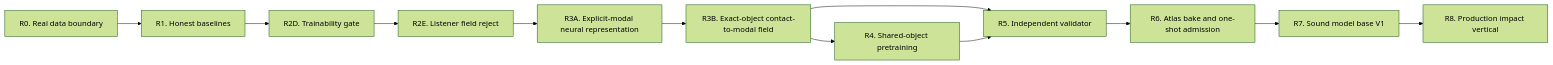
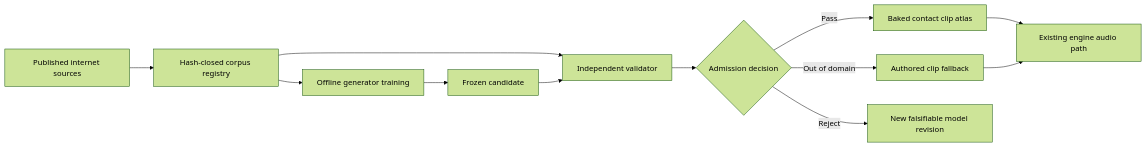
Before and after one commit to kaifaty/NextEngine: the diagram in docs/plans/physical-sound-synthesis-roadmap.md, drawn with Mermaid (forest theme). The commit also changed other lines of this file and 3 other files, not shown here.

Commit message:
docs(sound): publish autonomous validation roadmap v10

````diff
--- a/docs/plans/physical-sound-synthesis-roadmap.md
+++ b/docs/plans/physical-sound-synthesis-roadmap.md
@@ -198,14 +51,14 @@
 ```mermaid
 flowchart LR
-    R0["R0. Real data boundary"] --> R1["R1. Honest baselines"]
-    R1 --> R2D["R2D. Trainability gate"]
-    R2D --> R2E["R2E. Listener field reject"]
-    R2E --> R3A["R3A. Explicit-modal neural representation"]
-    R3A --> R3B["R3B. Exact-object contact-to-modal field"]
-    R3B --> R4["R4. Shared-object pretraining"]
-    R3B --> R5["R5. Independent validator"]
-    R4 --> R5
-    R5 --> R6["R6. Atlas bake and one-shot admission"]
-    R6 --> R7["R7. Sound model base V1"]
-    R7 --> R8["R8. Production impact vertical"]
+    S["Published internet sources"] --> R["Hash-closed corpus registry"]
+    R --> G["Offline generator training"]
+    G --> C["Frozen candidate"]
+    R --> V["Independent validator"]
+    C --> V
+    V --> D{"Admission decision"}
+    D -->|Pass| A["Baked contact clip atlas"]
+    D -->|Out of domain| F["Authored clip fallback"]
+    D -->|Reject| N["New falsifiable model revision"]
+    A --> E["Existing engine audio path"]
+    F --> E
 ```
````
